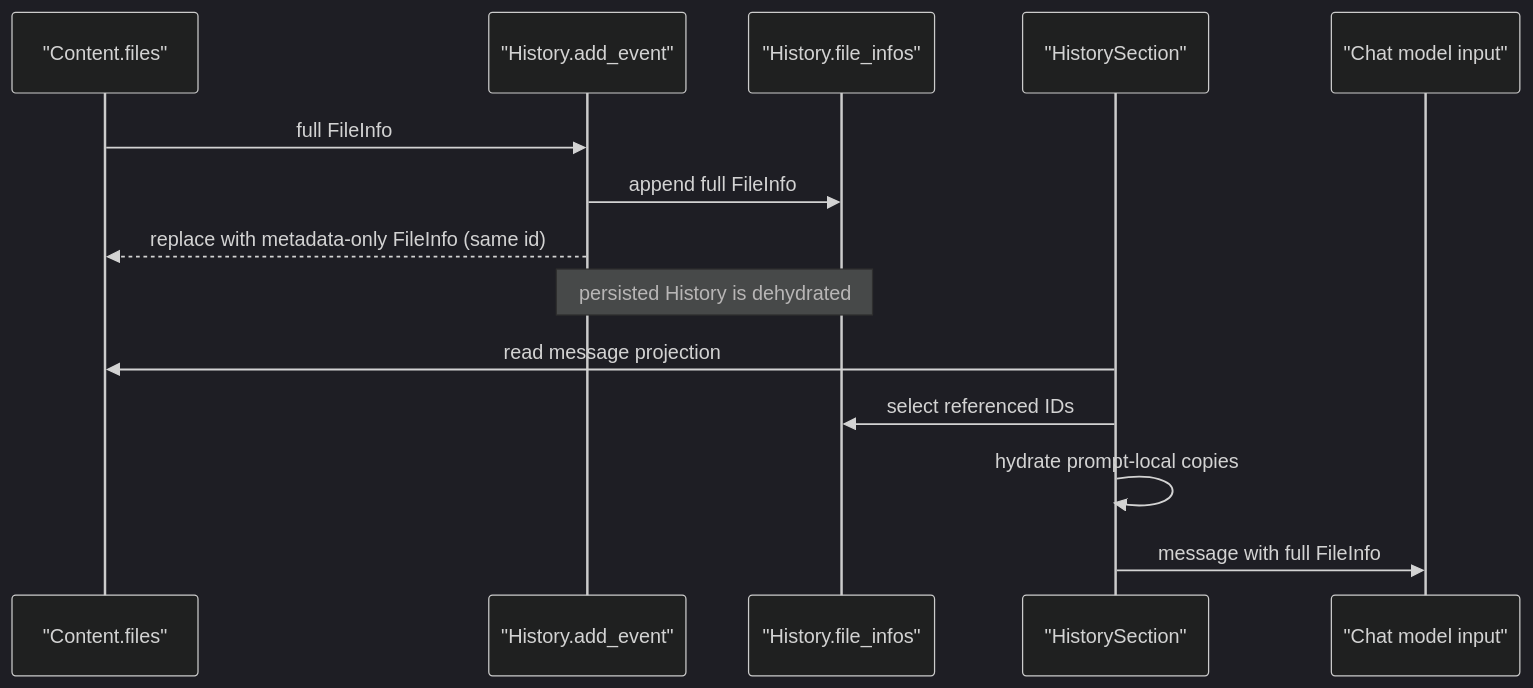
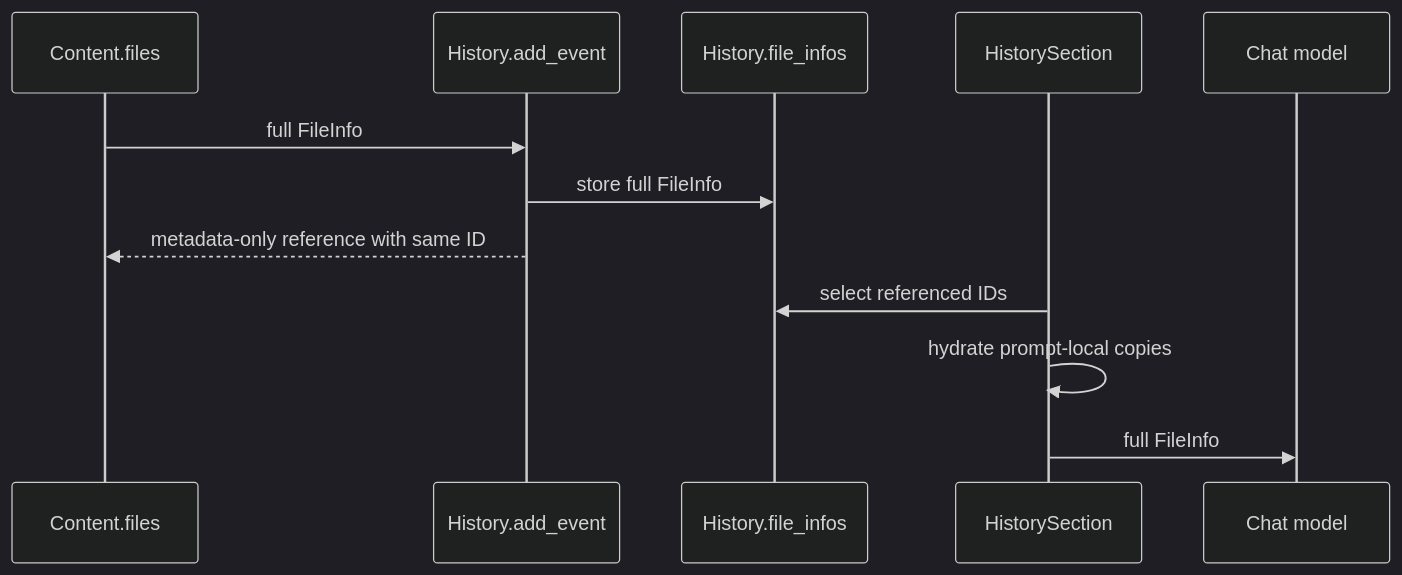
The second of 3 diagrams in docs/concepts/kiarina-python/data-model-and-history.md (kiarina/kiari), drawn with Mermaid (dark theme) before and after one commit. The commit also changed other lines of this file and 19 other files, not shown here.

````diff
--- a/docs/concepts/kiarina-python/data-model-and-history.md
+++ b/docs/concepts/kiarina-python/data-model-and-history.md
@@ -151,17 +118,15 @@
 ```mermaid
 sequenceDiagram
-    participant C as "Content.files"
-    participant H as "History.add_event"
-    participant P as "History.file_infos"
-    participant S as "HistorySection"
-    participant M as "Chat model input"
+    participant C as Content.files
+    participant H as History.add_event
+    participant P as History.file_infos
+    participant S as HistorySection
+    participant M as Chat model
 
     C->>H: full FileInfo
-    H->>P: append full FileInfo
-    H-->>C: replace with metadata-only FileInfo (same id)
-    Note over H,P: persisted History is dehydrated
-    S->>C: read message projection
+    H->>P: store full FileInfo
+    H-->>C: metadata-only reference with same ID
     S->>P: select referenced IDs
     S->>S: hydrate prompt-local copies
-    S->>M: message with full FileInfo
+    S->>M: full FileInfo
 ```
````
